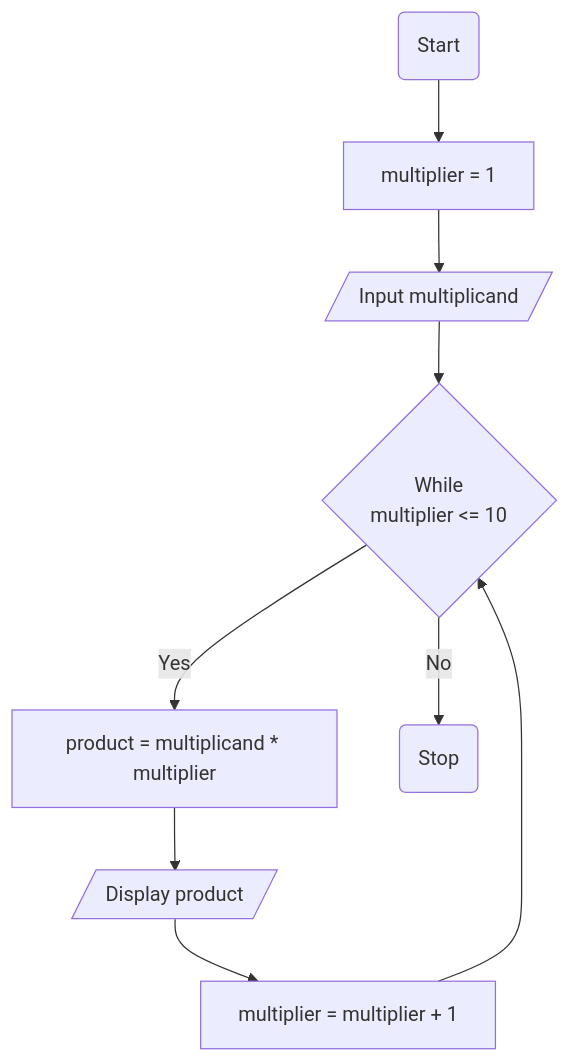
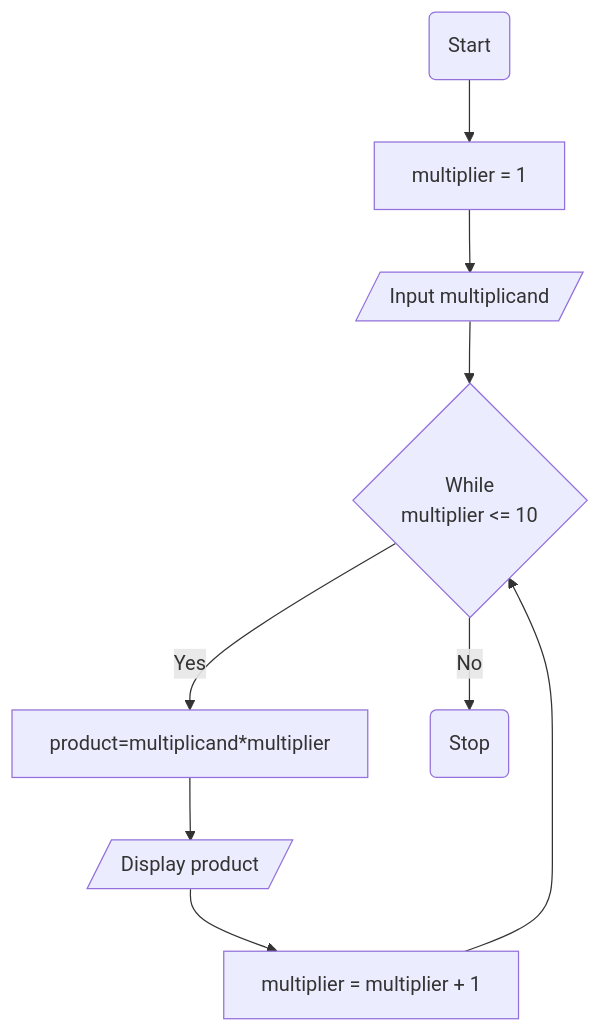
Before and after one commit to jayani-athukorala/algorithm-flowchart-workshop: the third of 10 diagrams in README.md, drawn with Mermaid. The commit also changed other lines of this file, not shown here.

Commit message:
Add mermaid flowchart for Q5 modification

````diff
--- a/README.md
+++ b/README.md
@@ -99,11 +99,11 @@
 ```mermaid
 flowchart TD
     A(Start) --> B[multiplier = 1]
     B --> C[/Input multiplicand/]
     C --> D{While<br>multiplier <= 10}
-    D -- Yes --> E[product = multiplicand * multiplier]
+    D -- Yes --> E[product=multiplicand*multiplier]
     E --> F[/Display product/]
     F --> G[multiplier = multiplier + 1]
     G --> D
     D -- No --> H(Stop)
 ```
````
